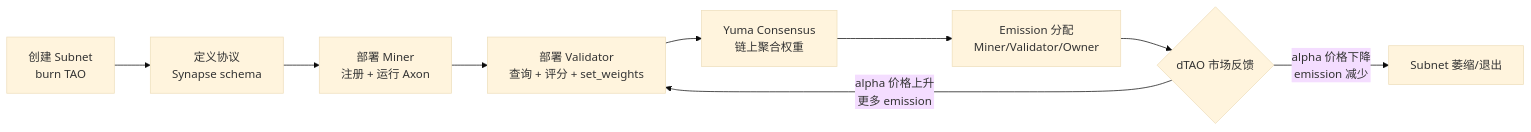
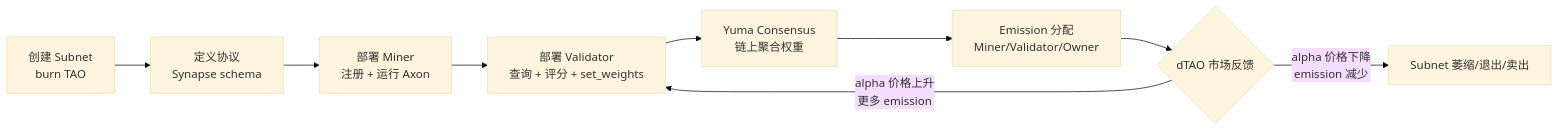
The third of 6 diagrams in ai+crypto/projects/bittensor.md (ping-ke/research), drawn with Mermaid (base theme) before and after one commit. The commit also changed other lines of this file, not shown here.

````diff
--- a/ai+crypto/projects/bittensor.md
+++ b/ai+crypto/projects/bittensor.md
@@ -100,11 +215,11 @@
 ```mermaid
 flowchart LR
     A[创建 Subnet<br/>burn TAO] --> B[定义协议<br/>Synapse schema]
     B --> C[部署 Miner<br/>注册 + 运行 Axon]
     C --> D[部署 Validator<br/>查询 + 评分 + set_weights]
     D --> E[Yuma Consensus<br/>链上聚合权重]
     E --> F[Emission 分配<br/>Miner/Validator/Owner]
     F --> G{dTAO 市场反馈}
     G -->|alpha 价格上升<br/>更多 emission| D
-    G -->|alpha 价格下降<br/>emission 减少| H[Subnet 萎缩/退出]
+    G -->|alpha 价格下降<br/>emission 减少| H[Subnet 萎缩/退出/卖出]
 ```
````
